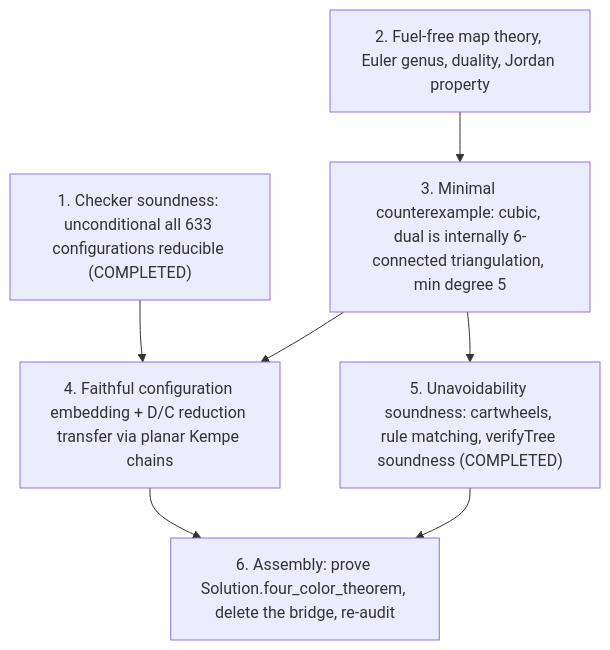
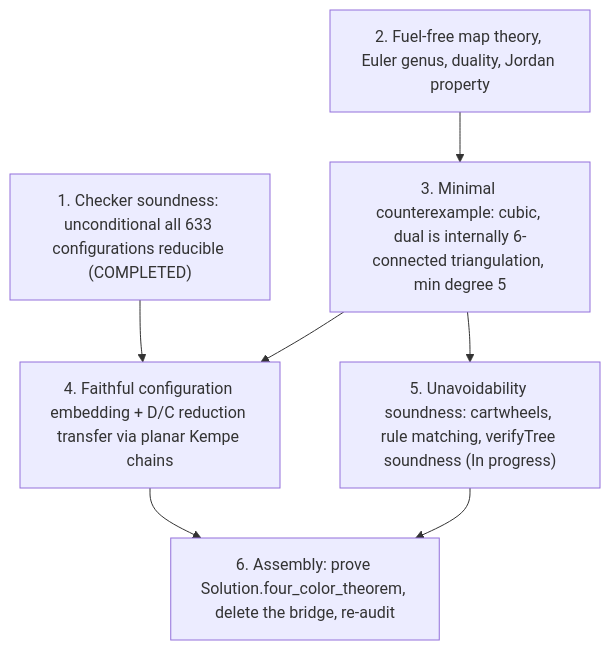
One commit to Harry-Tech-Guide/Lean-4-Four-Color-Theorem-Formalization changed the diagram in README.md. Above: the diagram before and after it, drawn with Mermaid. The commit also changed other lines of this file and 1 other file, not shown here.

First line of the commit message:
feat(discharging): prove Stage M non-vacuous CoreCartLeaf and eliminate ProofTree.sym

````diff
--- a/README.md
+++ b/README.md
@@ -64,15 +64,15 @@
 ```mermaid
 flowchart TD
     P1["1. Checker soundness: unconditional all 633 configurations reducible (COMPLETED)"]
     P2["2. Fuel-free map theory, Euler genus, duality, Jordan property"]
     P3["3. Minimal counterexample: cubic, dual is internally 6-connected triangulation, min degree 5"]
     P4["4. Faithful configuration embedding + D/C reduction transfer via planar Kempe chains"]
-    P5["5. Unavoidability soundness: cartwheels, rule matching, verifyTree soundness (COMPLETED)"]
+    P5["5. Unavoidability soundness: cartwheels, rule matching, verifyTree soundness (In progress)"]
     P6["6. Assembly: prove Solution.four_color_theorem, delete the bridge, re-audit"]
     P2 --> P3
     P1 --> P4
     P3 --> P4
     P3 --> P5
     P4 --> P6
     P5 --> P6
 ```
````
